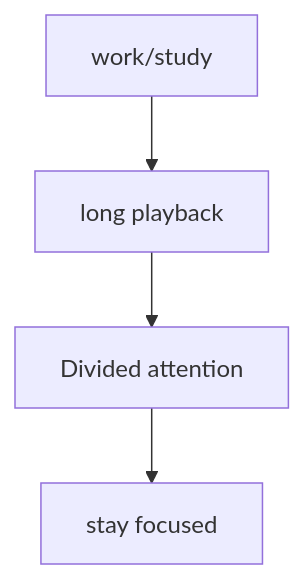
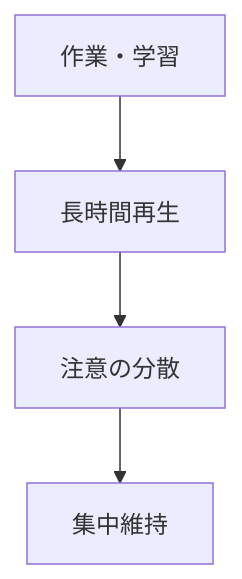
Before and after one commit to monumental-movement/monumental-movement.github.io: the second of 2 diagrams in en/_posts/2025-12-17-column-lo-fi-hip-hop-chillhop.md, drawn with Mermaid. The commit also changed other lines of this file and 2196 other files, not shown here.

```diff
--- a/en/_posts/2025-12-17-column-lo-fi-hip-hop-chillhop.md
+++ b/en/_posts/2025-12-17-column-lo-fi-hip-hop-chillhop.md
@@ -268,6 +268,6 @@
 <div class="mermaid">
 flowchart TD
-A[work/study] --> B[long playback]
-B --> C[Divided attention]
-C --> D[stay focused]
+A[作業・学習] --> B[長時間再生]
+B --> C[注意の分散]
+C --> D[集中維持]
 </div>
```
